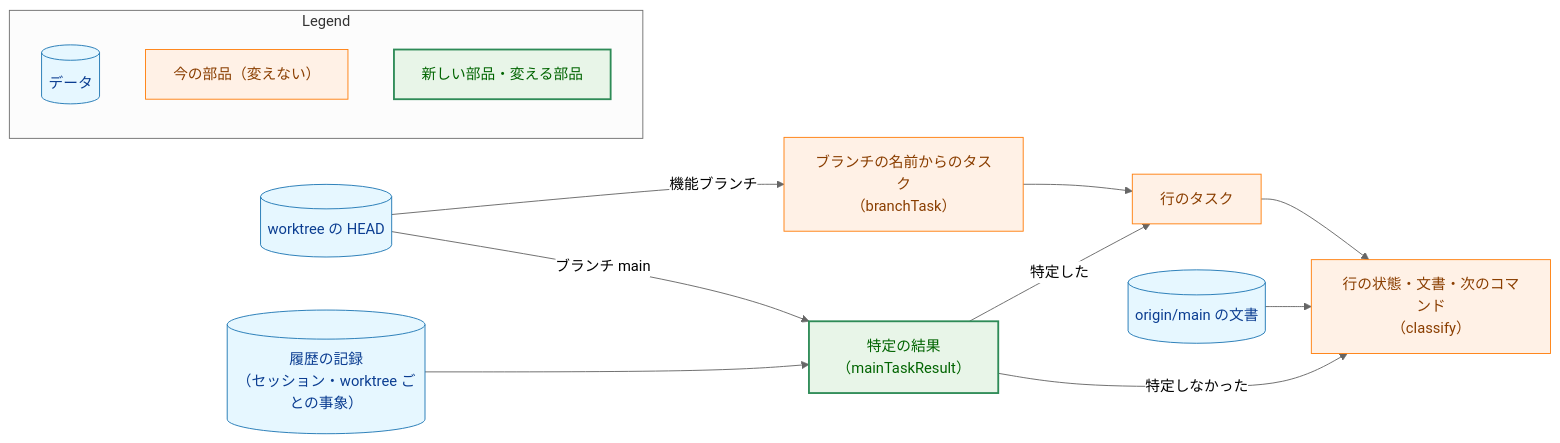
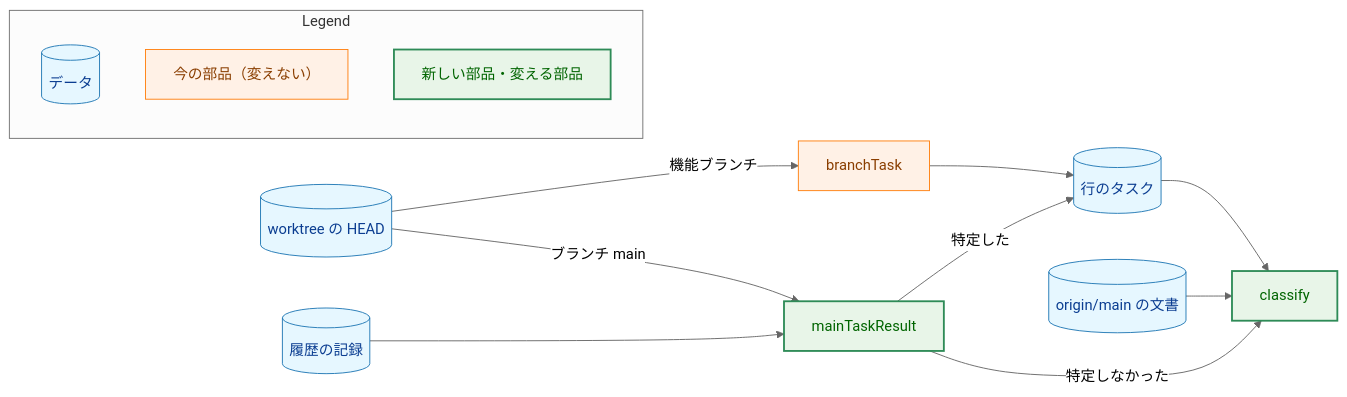
Before and after one commit to isseis/yt2column: the first of 5 diagrams in docs/tasks/0105_chief_post_merge_next_command/02_architecture.md, drawn with Mermaid (neutral theme). The commit also changed other lines of this file and 2 other files, not shown here.

First line of the commit message:
docs(0105): address the architecture review and revise requirement 4.1

````diff
--- a/docs/tasks/0105_chief_post_merge_next_command/02_architecture.md
+++ b/docs/tasks/0105_chief_post_merge_next_command/02_architecture.md
@@ -61,36 +83,36 @@
 ```mermaid
 flowchart LR
     classDef data fill:#e6f7ff,stroke:#1f77b4,stroke-width:1px,color:#0b3d91;
     classDef process fill:#fff1e6,stroke:#ff7f0e,stroke-width:1px,color:#8a3e00;
     classDef enhanced fill:#e8f5e8,stroke:#2e8b57,stroke-width:2px,color:#006400;
 
     HEAD[("worktree の HEAD")]
-    BR["ブランチの名前からのタスク<br>（branchTask）"]
-    TRACE[("履歴の記録<br>（セッション・worktree ごとの事象）")]
-    JUDGE["特定の結果<br>（mainTaskResult）"]
-    TASK["行のタスク"]
+    BR["branchTask"]
+    TRACE[("履歴の記録")]
+    JUDGE["mainTaskResult"]
+    TASK[("行のタスク")]
     DOCS[("origin/main の文書")]
-    ROW["行の状態・文書・次のコマンド<br>（classify）"]
+    ROW["classify"]
 
     HEAD -->|"機能ブランチ"| BR
     HEAD -->|"ブランチ main"| JUDGE
     TRACE --> JUDGE
     BR --> TASK
     JUDGE -->|"特定した"| TASK
     TASK --> ROW
     DOCS --> ROW
     JUDGE -->|"特定しなかった"| ROW
 
-    class HEAD,TRACE,DOCS data
-    class BR,ROW,TASK process
-    class JUDGE enhanced
+    class HEAD,TRACE,DOCS,TASK data
+    class BR process
+    class JUDGE,ROW enhanced
 
     subgraph Legend["Legend"]
         L1[("データ")]
         L2["今の部品（変えない）"]
         L3["新しい部品・変える部品"]
     end
     class L1 data
     class L2 process
     class L3 enhanced
 ```
````
